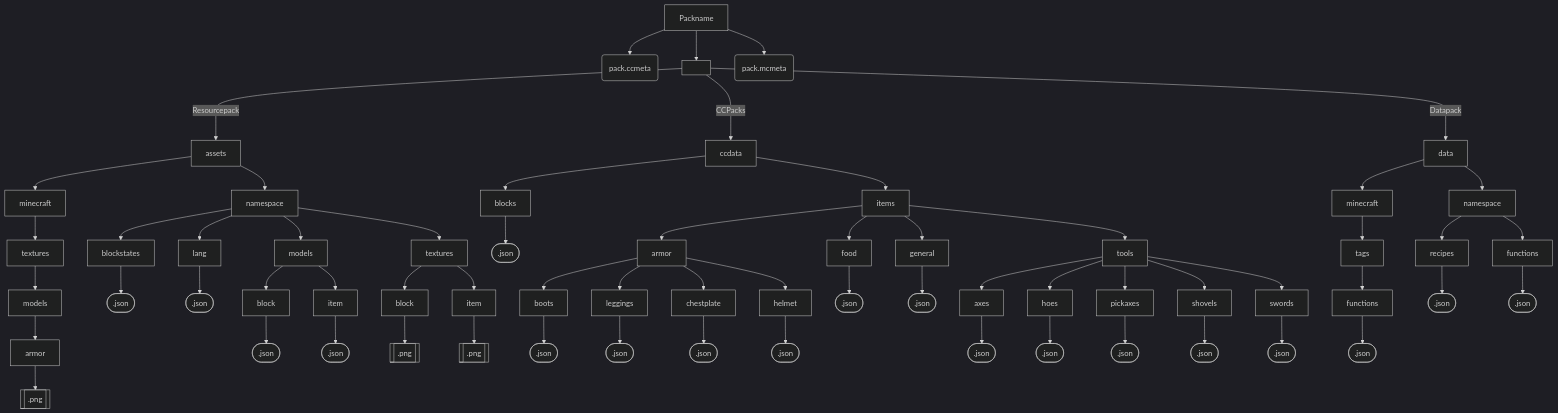
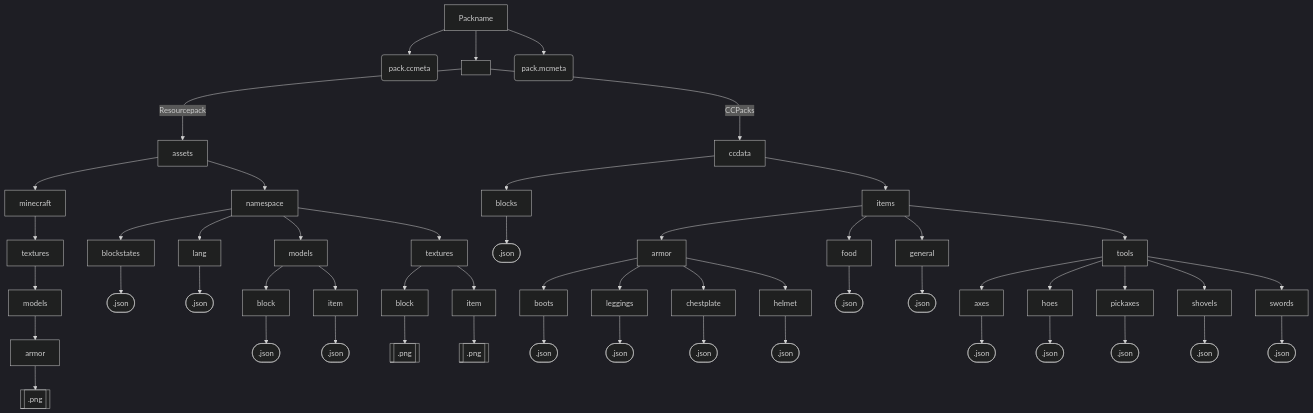
One commit to MisionThi/ccpack-docs changed the diagram in docs/index.md. Above: the diagram before and after it, drawn with Mermaid (dark theme).

````diff
--- a/docs/index.md
+++ b/docs/index.md
@@ -9,42 +9,38 @@
 ```mermaid
 graph TD
 A[Packname]
 A --> C(pack.ccmeta)
 A --> B[ ]
 A --> D(pack.mcmeta)
 
 B -- Resourcepack ---> E[assets]
   E --> E1[minecraft] --> E1.1[textures] --> E1.2[models] --> E1.3[armor] --> E1.4[[.png]]
   E --> E2[namespace]
     E2 --> E2.1[blockstates] --> E2.1.1([.json])
     E2 --> E2.2[lang] --> E2.2.1([.json])
     E2 --> E2.3[models]
       E2.3 --> E2.3.1[block] --> E2.3.1.1([.json])
       E2.3 --> E2.3.2[item] --> E2.3.2.1([.json])
     E2 --> E2.4[textures]
       E2.4 --> E2.4.1[block] --> E2.4.1.1[[.png]]
       E2.4 --> E2.4.2[item] --> E2.4.2.1[[.png]]
 
 B -- CCPacks ---> F[ccdata]
 F --> FA[blocks] --> FAA([.json])
   F --> FB[items]
     FB --> FBA[armor]
       FBA --> FBAA[boots] --> FBAAA([.json])
       FBA --> FBAB[leggings] --> FBABA([.json])
       FBA --> FBAC[chestplate] --> FBACA([.json])
       FBA --> FBAD[helmet] --> FBADA([.json])
     FB --> FBB[food] --> FBBA([.json])
     FB --> FBC[general] --> FBCA([.json])
     FB --> FBD[tools]
       FBD --> FBDA[axes] --> FBDAA([.json])
       FBD --> FBDB[hoes] --> FBDBA([.json])
       FBD --> FBDC[pickaxes] --> FBDCA([.json])
       FBD --> FBDD[shovels] --> FBDDA([.json])
       FBD --> FBDE[swords] --> FBDEA([.json])
 
-B -- Datapack ---> G[data]
-  G --> GA[minecraft] --> GAA[tags] --> GAAA[functions] --> GAAAA([.json])
-  G --> GB[namespace]
-    GB --> GBA[recipes] --> GBAA([.json])
-    GB --> GBB[functions] -->GBBA([.json])
+
 ```
````
